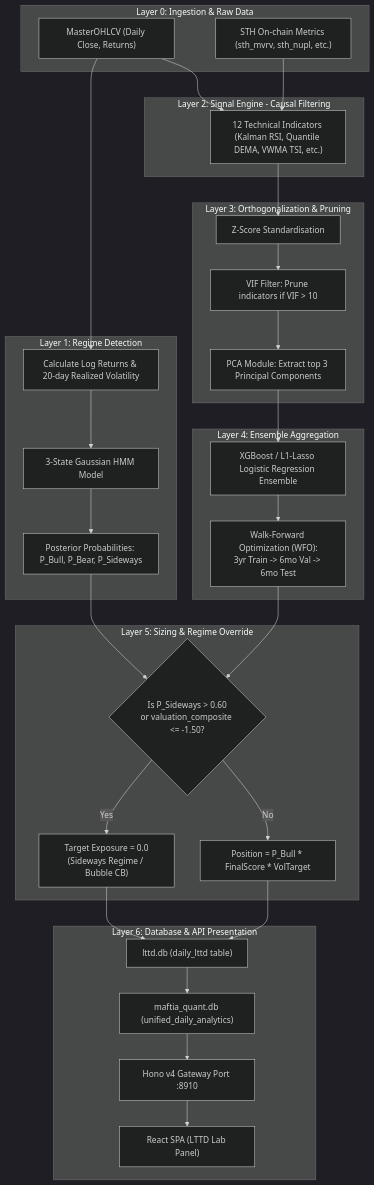
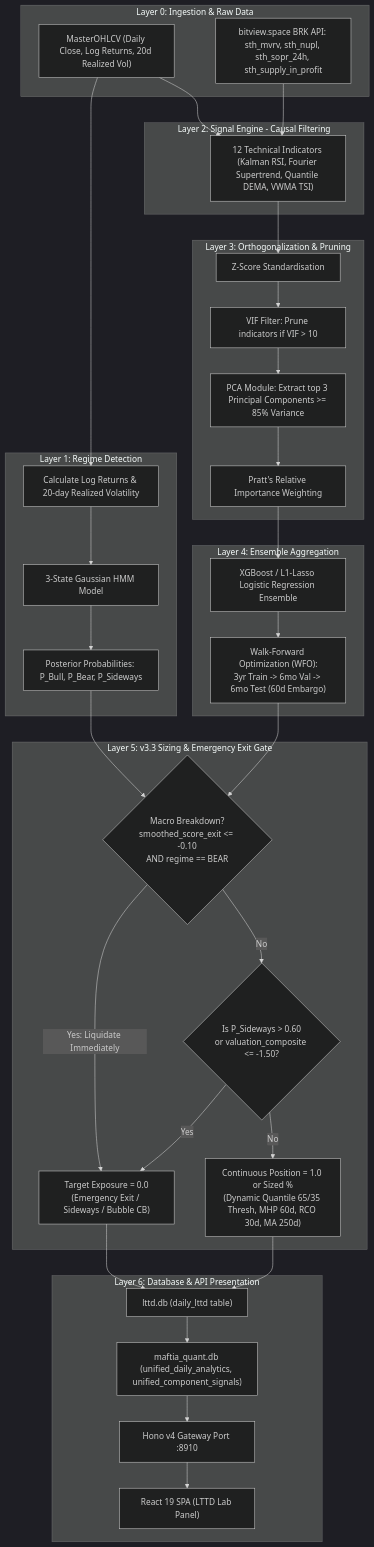
The diagram in docs/architecture/02_lttd_system.md (lutfi-zain/quant.maftia.tech), drawn with Mermaid (dark theme) before and after one commit. The commit also changed other lines of this file and 14 other files, not shown here.

Commit message:
docs: consolidate architecture documentation into canonical docs/architecture/ structure and remove obsolete files

````diff
--- a/docs/architecture/02_lttd_system.md
+++ b/docs/architecture/02_lttd_system.md
@@ -24,55 +26,59 @@
 ```mermaid
 graph TD
     subgraph Layer0 [Layer 0: Ingestion & Raw Data]
-        D_OHLCV["MasterOHLCV (Daily Close, Returns)"]
-        D_Onchain["STH On-chain Metrics (sth_mvrv, sth_nupl, etc.)"]
+        D_OHLCV["MasterOHLCV (Daily Close, Log Returns, 20d Realized Vol)"]
+        D_Onchain["bitview.space BRK API: sth_mvrv, sth_nupl, sth_sopr_24h, sth_supply_in_profit"]
     end
 
     subgraph Layer1 [Layer 1: Regime Detection]
         HMM_Input["Calculate Log Returns & 20-day Realized Volatility"]
         HMM["3-State Gaussian HMM Model"]
         Regime_Out["Posterior Probabilities: P_Bull, P_Bear, P_Sideways"]
         
         D_OHLCV --> HMM_Input --> HMM --> Regime_Out
     end
 
     subgraph Layer2 [Layer 2: Signal Engine - Causal Filtering]
-        Tech["12 Technical Indicators (Kalman RSI, Quantile DEMA, VWMA TSI, etc.)"]
+        Tech["12 Technical Indicators (Kalman RSI, Fourier Supertrend, Quantile DEMA, VWMA TSI)"]
         D_OHLCV --> Tech
         D_Onchain --> Tech
     end
 
     subgraph Layer3 [Layer 3: Orthogonalization & Pruning]
         Std["Z-Score Standardisation"]
         VIF["VIF Filter: Prune indicators if VIF > 10"]
-        PCA["PCA Module: Extract top 3 Principal Components"]
+        PCA["PCA Module: Extract top 3 Principal Components >= 85% Variance"]
+        Pratt["Pratt's Relative Importance Weighting"]
         
-        Tech --> Std --> VIF --> PCA
+        Tech --> Std --> VIF --> PCA --> Pratt
     end
 
     subgraph Layer4 [Layer 4: Ensemble Aggregation]
         Ensemble["XGBoost / L1-Lasso Logistic Regression Ensemble"]
-        WFO["Walk-Forward Optimization (WFO):<br/>3yr Train -> 6mo Val -> 6mo Test"]
+        WFO["Walk-Forward Optimization (WFO):<br/>3yr Train -> 6mo Val -> 6mo Test (60d Embargo)"]
         
-        PCA --> Ensemble --> WFO
+        Pratt --> Ensemble --> WFO
     end
 
-    subgraph Layer5 [Layer 5: Sizing & Regime Override]
+    subgraph Layer5 [Layer 5: v3.3 Sizing & Emergency Exit Gate]
+        Emerg{"Macro Breakdown?<br/>smoothed_score_exit <= -0.10<br/>AND regime == BEAR"}
         Override{"Is P_Sideways > 0.60<br/>or valuation_composite <= -1.50?"}
-        Sized["Position = P_Bull * FinalScore * VolTarget"]
-        CB_Active["Target Exposure = 0.0<br/>(Sideways Regime / Bubble CB)"]
+        Sized["Continuous Position = 1.0 or Sized %<br/>(Dynamic Quantile 65/35 Thresh, MHP 60d, RCO 30d, MA 250d)"]
+        CB_Active["Target Exposure = 0.0<br/>(Emergency Exit / Sideways / Bubble CB)"]
         
-        Regime_Out & WFO --> Override
+        Regime_Out & WFO --> Emerg
+        Emerg -->|Yes: Liquidate Immediately| CB_Active
+        Emerg -->|No| Override
         Override -->|Yes| CB_Active
         Override -->|No| Sized
     end
 
     subgraph Layer6 [Layer 6: Database & API Presentation]
         DB_LTTD["lttd.db (daily_lttd table)"]
-        DB_Master["maftia_quant.db (unified_daily_analytics)"]
+        DB_Master["maftia_quant.db (unified_daily_analytics, unified_component_signals)"]
         API["Hono v4 Gateway Port :8910"]
-        UI["React SPA (LTTD Lab Panel)"]
+        UI["React 19 SPA (LTTD Lab Panel)"]
         
         CB_Active & Sized --> DB_LTTD --> DB_Master --> API --> UI
     end
 ```
````
